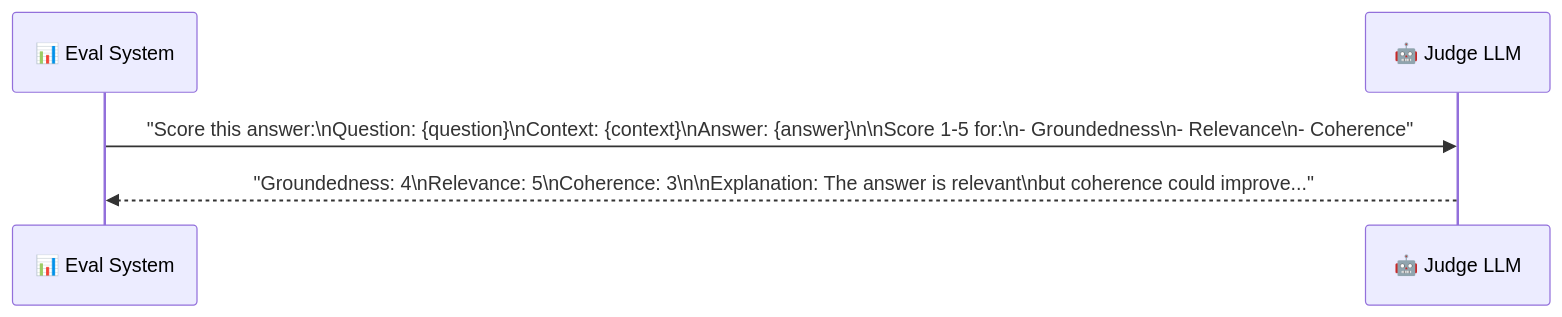
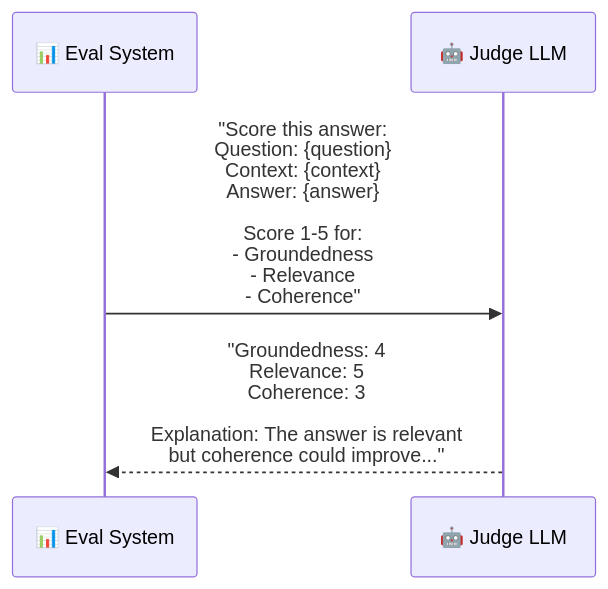
Before and after one commit to roie9876/AI-Agent-Platform: diagram 12 of 16 in education/en/10-evaluation-engine.md, drawn with Mermaid. The commit also changed other lines of this file and 27 other files, not shown here.

First line of the commit message:
fix: replace \n with <br/> in mermaid diagrams for proper line break rendering

````diff
--- a/education/en/10-evaluation-engine.md
+++ b/education/en/10-evaluation-engine.md
@@ -283,9 +283,9 @@
 ```mermaid
 sequenceDiagram
     participant System as 📊 Eval System
     participant Judge as 🤖 Judge LLM
     
-    System->>Judge: "Score this answer:\nQuestion: {question}\nContext: {context}\nAnswer: {answer}\n\nScore 1-5 for:\n- Groundedness\n- Relevance\n- Coherence"
+    System->>Judge: "Score this answer:<br/>Question: {question}<br/>Context: {context}<br/>Answer: {answer}<br/><br/>Score 1-5 for:<br/>- Groundedness<br/>- Relevance<br/>- Coherence"
     
-    Judge-->>System: "Groundedness: 4\nRelevance: 5\nCoherence: 3\n\nExplanation: The answer is relevant\nbut coherence could improve..."
+    Judge-->>System: "Groundedness: 4<br/>Relevance: 5<br/>Coherence: 3<br/><br/>Explanation: The answer is relevant<br/>but coherence could improve..."
 ```
````
